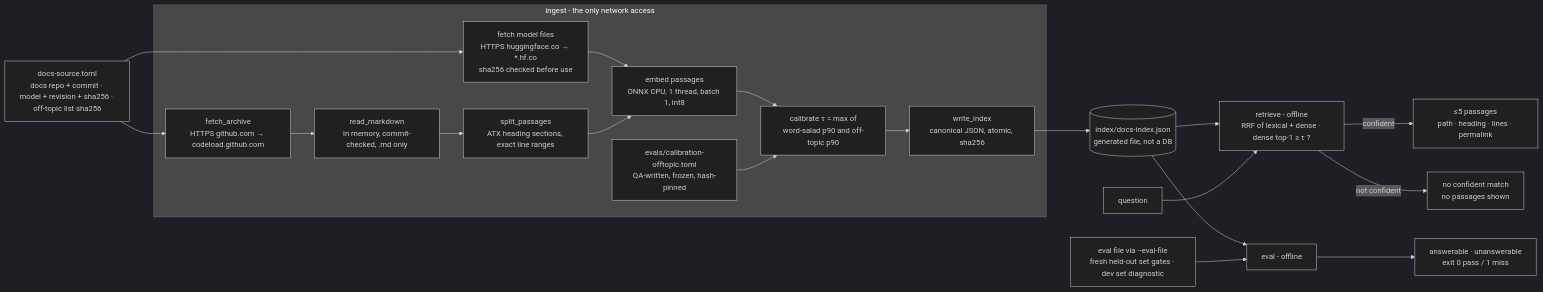
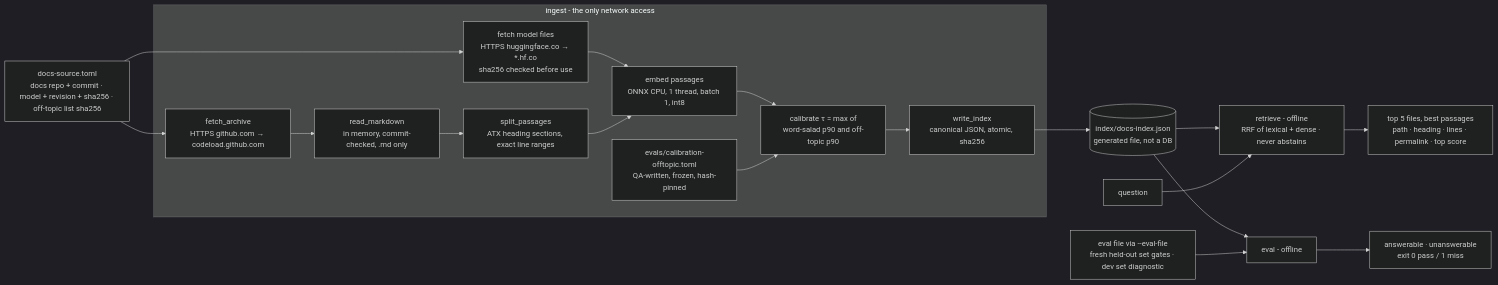
One commit to gpatwa/aveto-support changed the diagram in docs/ARCHITECTURE.md. Above: the diagram before and after it, drawn with Mermaid (dark theme). The commit also changed other lines of this file and 2 other files, not shown here.

Commit message:
docs-abstention: ARCHITECTURE.md stale text corrected (owner-approved pass, part 2)

````diff
--- a/docs/ARCHITECTURE.md
+++ b/docs/ARCHITECTURE.md
@@ -70,22 +69,21 @@
 ```mermaid
 flowchart LR
   cfg[docs-source.toml<br/>docs repo + commit · model + revision + sha256 · off-topic list sha256] --> fetch
   cfg --> mfetch
   subgraph ingest [ingest - the only network access]
     fetch[fetch_archive<br/>HTTPS github.com → codeload.github.com] --> read[read_markdown<br/>in memory, commit-checked, .md only]
     mfetch[fetch model files<br/>HTTPS huggingface.co → *.hf.co<br/>sha256 checked before use] --> emb
     read --> split[split_passages<br/>ATX heading sections, exact line ranges]
     split --> emb[embed passages<br/>ONNX CPU, 1 thread, batch 1, int8]
     emb --> cal[calibrate τ = max of<br/>word-salad p90 and off-topic p90]
     off[evals/calibration-offtopic.toml<br/>QA-written, frozen, hash-pinned] --> cal
     cal --> write[write_index<br/>canonical JSON, atomic, sha256]
   end
   write --> idx[(index/docs-index.json<br/>generated file, not a DB)]
   idx --> retrieve
-  q[question] --> retrieve[retrieve - offline<br/>RRF of lexical + dense · dense top-1 ≥ τ ?]
-  retrieve -->|confident| hits[≤5 passages<br/>path · heading · lines · permalink]
-  retrieve -->|not confident| none[no confident match<br/>no passages shown]
+  q[question] --> retrieve[retrieve - offline<br/>RRF of lexical + dense · never abstains]
+  retrieve --> hits[top 5 files, best passages<br/>path · heading · lines · permalink · top score]
   idx --> evalc[eval - offline]
   evals[eval file via --eval-file<br/>fresh held-out set gates · dev set diagnostic] --> evalc
   evalc --> score[answerable · unanswerable<br/>exit 0 pass / 1 miss]
 ```
````
